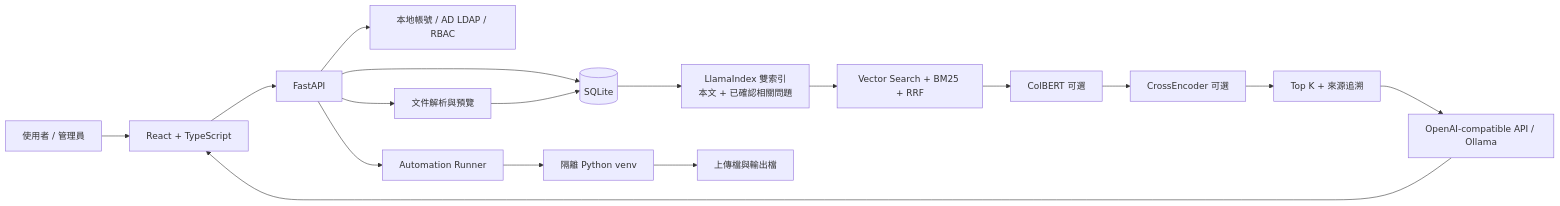
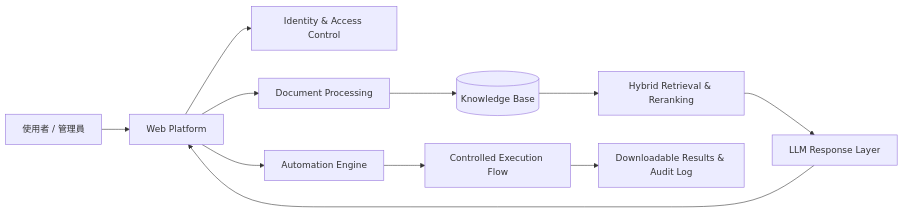
The diagram in README.md (cj20200112/AI_Platform), drawn with Mermaid before and after one commit. The commit also changed other lines of this file, not shown here.

````diff
--- a/README.md
+++ b/README.md
@@ -19,22 +93,15 @@
 ```mermaid
 flowchart LR
-    U[使用者 / 管理員] --> UI[React + TypeScript]
-    UI --> API[FastAPI]
+    U[使用者 / 管理員] --> WEB[Web Platform]
+    WEB --> AUTH[Identity & Access Control]
+    WEB --> DATA[Document Processing]
+    WEB --> AUTO[Automation Engine]
 
-    API --> AUTH[本地帳號 / AD LDAP / RBAC]
-    API --> DB[(SQLite)]
-    API --> DOC[文件解析與預覽]
-    API --> AUTO[Automation Runner]
+    DATA --> KB[(Knowledge Base)]
+    KB --> RETRIEVE[Hybrid Retrieval & Reranking]
+    RETRIEVE --> LLM[LLM Response Layer]
+    LLM --> WEB
 
-    DOC --> DB
-    DB --> IDX[LlamaIndex 雙索引<br/>本文 + 已確認相關問題]
-    IDX --> HYBRID[Vector Search + BM25 + RRF]
-    HYBRID --> COLBERT[ColBERT 可選]
-    COLBERT --> CROSS[CrossEncoder 可選]
-    CROSS --> TOPK[Top K + 來源追溯]
-    TOPK --> LLM[OpenAI-compatible API / Ollama]
-    LLM --> UI
-
-    AUTO --> ENV[隔離 Python venv]
-    ENV --> FILES[上傳檔與輸出檔]
+    AUTO --> SAFE[Controlled Execution Flow]
+    SAFE --> RESULT[Downloadable Results & Audit Log]
 ```
````
